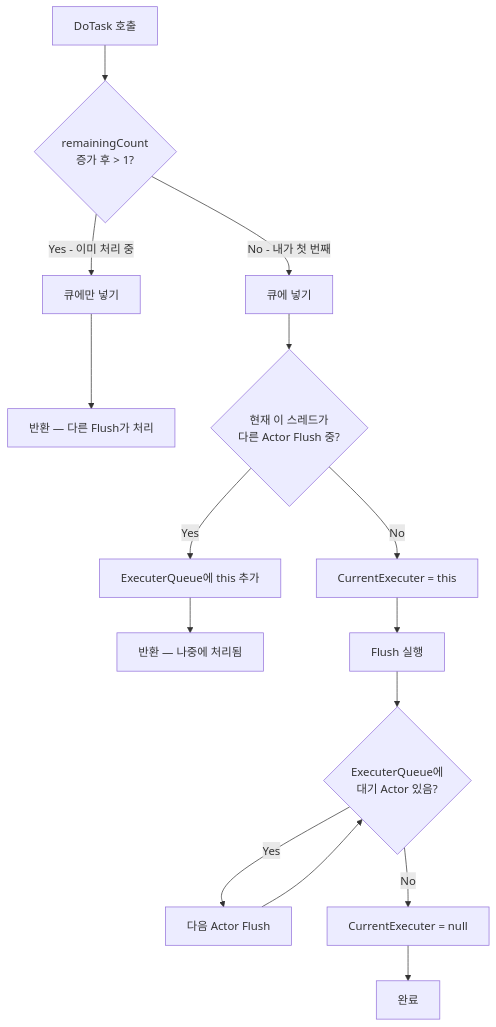
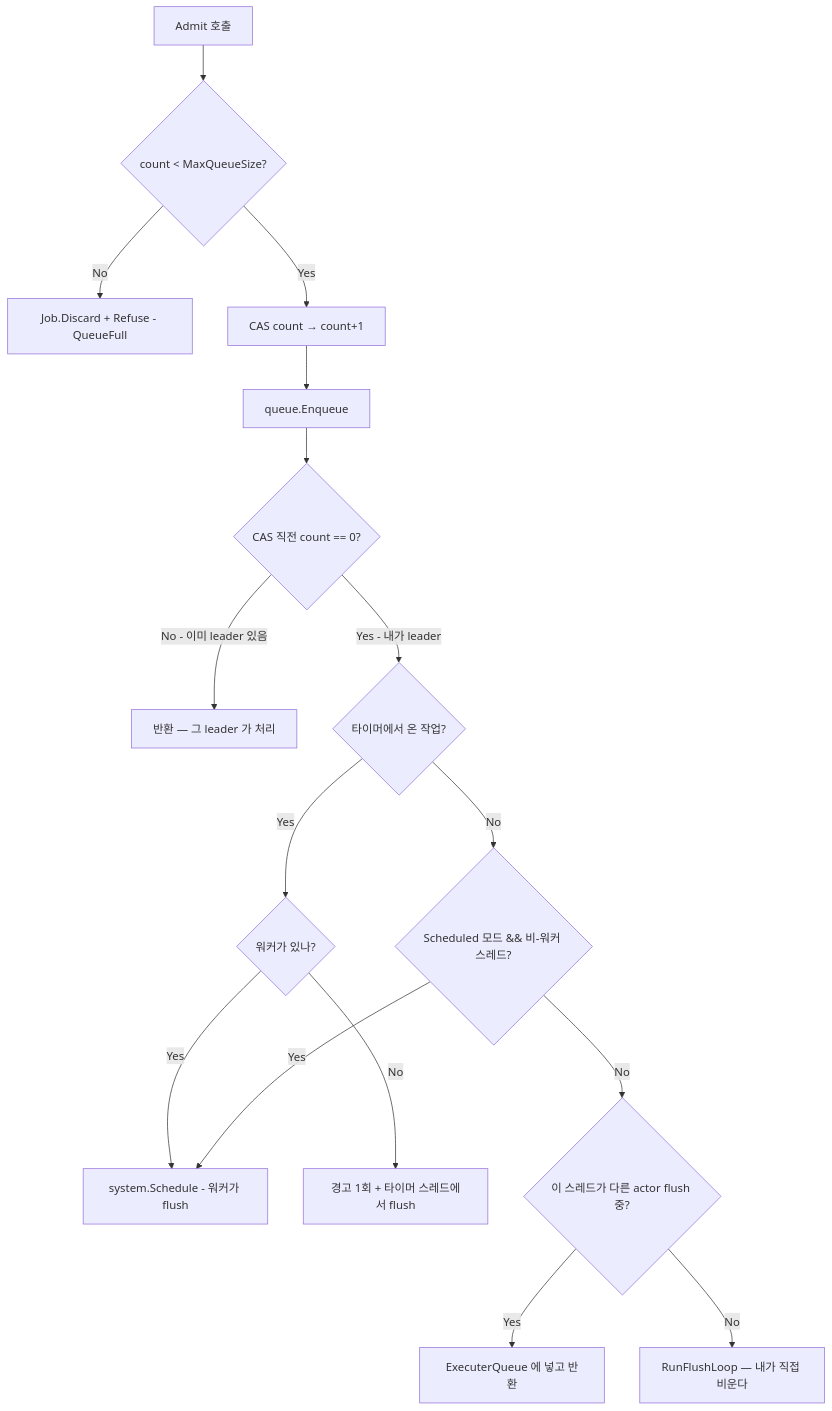
Before and after one commit to jacking75/JobDispatcherNET: the diagram in Book/chapter03.md, drawn with Mermaid. The commit also changed other lines of this file and 131 other files, not shown here.

````diff
--- a/Book/chapter03.md
+++ b/Book/chapter03.md
@@ -123,17 +186,18 @@
 ```mermaid
 flowchart TD
-    A[DoTask 호출] --> B{remainingCount\n증가 후 > 1?}
-    B -->|Yes - 이미 처리 중| C[큐에만 넣기]
-    C --> D[반환 — 다른 Flush가 처리]
-    B -->|No - 내가 첫 번째| E[큐에 넣기]
-    E --> F{현재 이 스레드가\n다른 Actor Flush 중?}
-    F -->|Yes| G[ExecuterQueue에 this 추가]
-    G --> H[반환 — 나중에 처리됨]
-    F -->|No| I[CurrentExecuter = this]
-    I --> J[Flush 실행]
-    J --> K{ExecuterQueue에\n대기 Actor 있음?}
-    K -->|Yes| L[다음 Actor Flush]
-    L --> K
-    K -->|No| M[CurrentExecuter = null]
-    M --> N[완료]
+    A[Admit 호출] --> B{count < MaxQueueSize?}
+    B -->|No| C[Job.Discard + Refuse - QueueFull]
+    B -->|Yes| D[CAS count → count+1]
+    D --> E[queue.Enqueue]
+    E --> F{CAS 직전 count == 0?}
+    F -->|No - 이미 leader 있음| G[반환 — 그 leader 가 처리]
+    F -->|Yes - 내가 leader| H{타이머에서 온 작업?}
+    H -->|Yes| I{워커가 있나?}
+    I -->|Yes| J[system.Schedule - 워커가 flush]
+    I -->|No| K[경고 1회 + 타이머 스레드에서 flush]
+    H -->|No| L{Scheduled 모드 && 비-워커 스레드?}
+    L -->|Yes| J
+    L -->|No| M{이 스레드가 다른 actor flush 중?}
+    M -->|Yes| N[ExecuterQueue 에 넣고 반환]
+    M -->|No| O[RunFlushLoop — 내가 직접 비운다]
 ```
````
